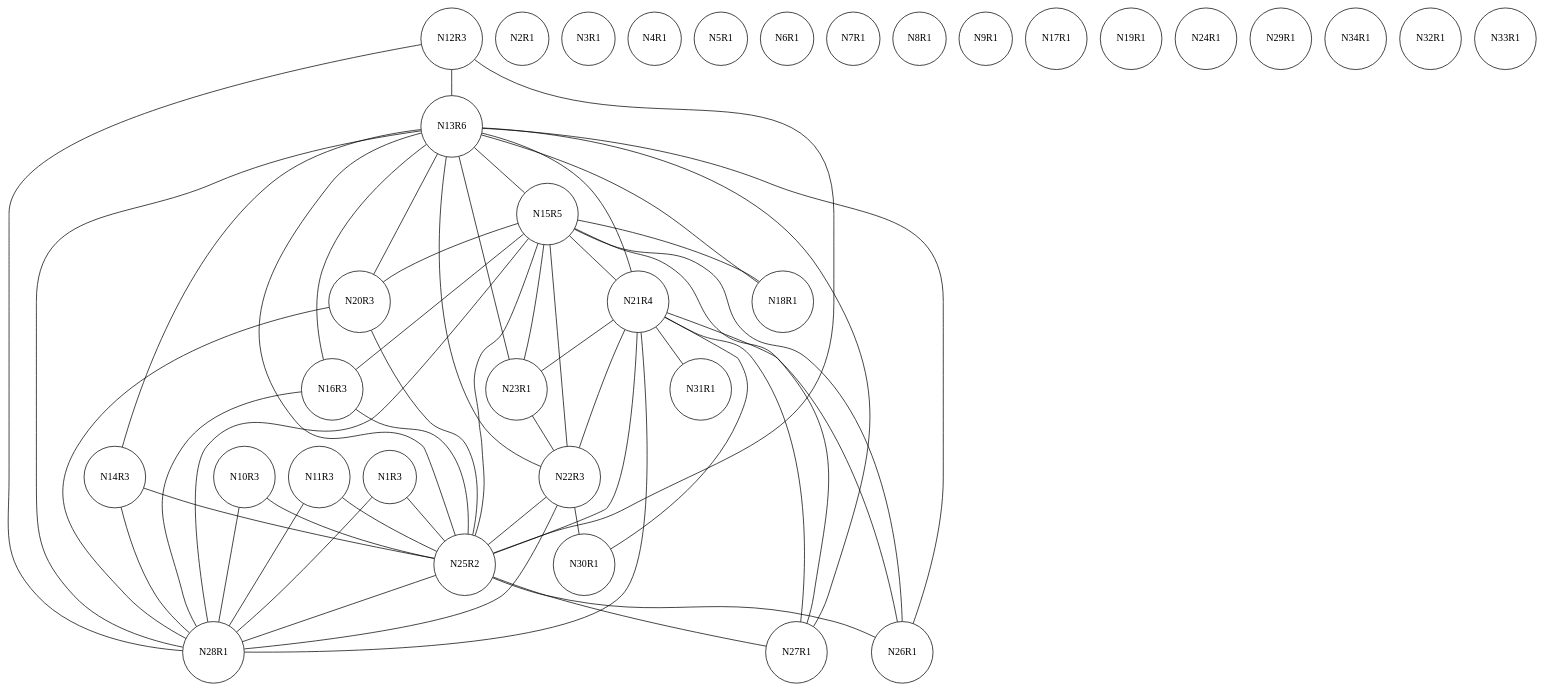
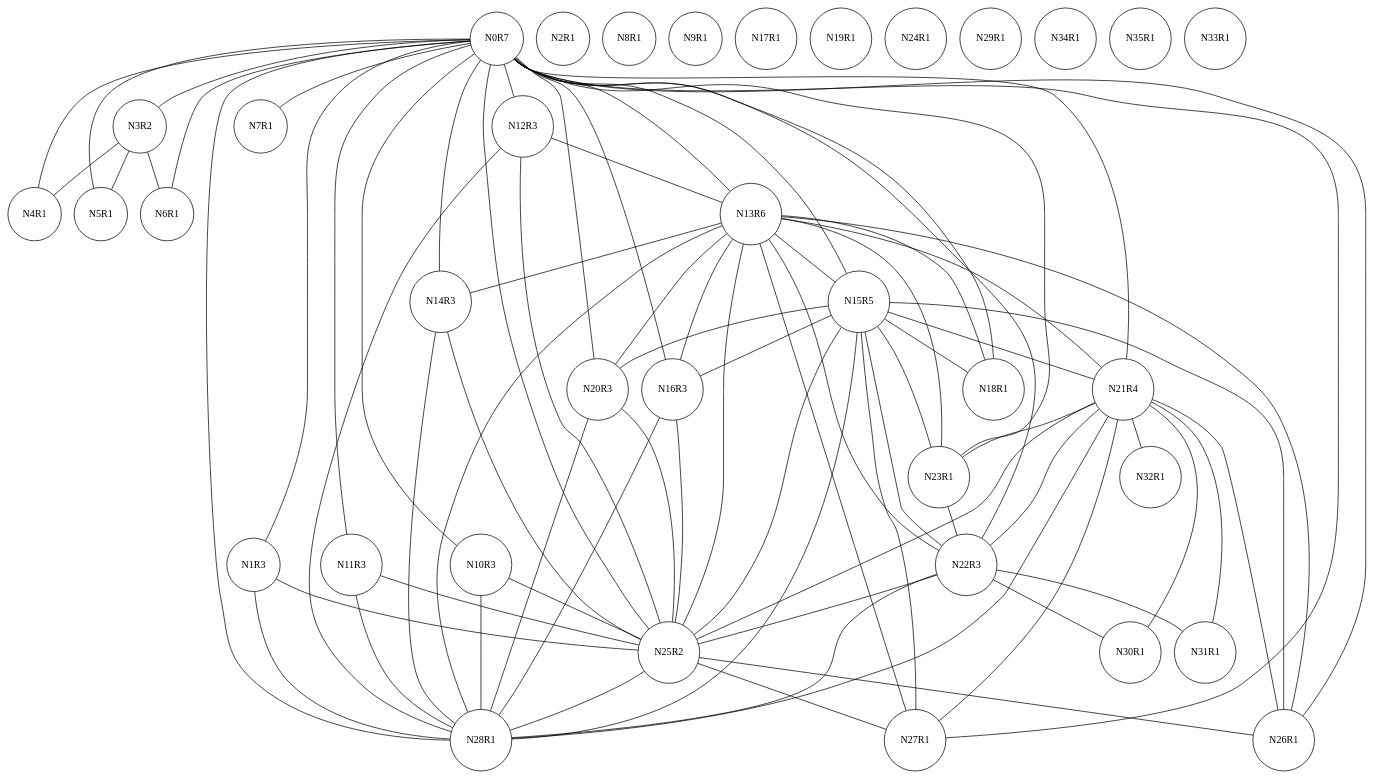
One commit to chris-wood/PL241-Compiler changed the diagram in project/caw001.txt.ig.dot. Above: the diagram before and after it, drawn with Graphviz. The commit also changed 12 other files, not shown here.

```diff
--- a/project/caw001.txt.ig.dot
+++ b/project/caw001.txt.ig.dot
@@ -1,89 +1,118 @@
 graph ig {
     node [shape = circle];
+    N0R7;
     N1R3;
     N2R1;
-    N3R1;
+    N3R2;
     N4R1;
     N5R1;
     N6R1;
     N7R1;
     N8R1;
     N9R1;
     N10R3;
     N11R3;
     N12R3;
     N13R6;
     N14R3;
     N15R5;
     N17R1;
     N16R3;
     N19R1;
     N18R1;
     N21R4;
     N20R3;
     N23R1;
     N22R3;
     N25R2;
     N24R1;
     N27R1;
     N26R1;
     N29R1;
     N28R1;
     N31R1;
     N30R1;
     N34R1;
+    N35R1;
     N32R1;
     N33R1;
+    N0R7 -- N26R1;
+    N0R7 -- N25R2;
+    N0R7 -- N22R3;
+    N0R7 -- N21R4;
+    N0R7 -- N15R5;
+    N0R7 -- N13R6;
+    N0R7 -- N28R1;
+    N0R7 -- N27R1;
+    N0R7 -- N23R1;
+    N0R7 -- N20R3;
+    N0R7 -- N18R1;
+    N0R7 -- N16R3;
+    N0R7 -- N14R3;
+    N0R7 -- N12R3;
+    N0R7 -- N11R3;
+    N0R7 -- N10R3;
+    N0R7 -- N7R1;
+    N0R7 -- N6R1;
+    N0R7 -- N5R1;
+    N0R7 -- N4R1;
+    N0R7 -- N3R2;
+    N0R7 -- N1R3;
     N1R3 -- N28R1;
     N1R3 -- N25R2;
+    N3R2 -- N6R1;
+    N3R2 -- N5R1;
+    N3R2 -- N4R1;
     N10R3 -- N28R1;
     N10R3 -- N25R2;
     N11R3 -- N28R1;
     N11R3 -- N25R2;
     N12R3 -- N13R6;
     N12R3 -- N28R1;
     N12R3 -- N25R2;
     N13R6 -- N28R1;
-    N13R6 -- N27R1;
     N13R6 -- N26R1;
     N13R6 -- N25R2;
     N13R6 -- N22R3;
     N13R6 -- N21R4;
     N13R6 -- N15R5;
+    N13R6 -- N27R1;
     N13R6 -- N23R1;
     N13R6 -- N20R3;
     N13R6 -- N18R1;
     N13R6 -- N16R3;
     N13R6 -- N14R3;
     N14R3 -- N28R1;
     N14R3 -- N25R2;
     N15R5 -- N21R4;
     N15R5 -- N28R1;
-    N15R5 -- N27R1;
     N15R5 -- N26R1;
     N15R5 -- N25R2;
     N15R5 -- N22R3;
+    N15R5 -- N27R1;
     N15R5 -- N23R1;
     N15R5 -- N20R3;
     N15R5 -- N18R1;
     N15R5 -- N16R3;
     N16R3 -- N28R1;
     N16R3 -- N25R2;
-    N21R4 -- N27R1;
     N21R4 -- N26R1;
     N21R4 -- N25R2;
+    N21R4 -- N32R1;
     N21R4 -- N31R1;
     N21R4 -- N30R1;
     N21R4 -- N22R3;
     N21R4 -- N28R1;
+    N21R4 -- N27R1;
     N21R4 -- N23R1;
     N20R3 -- N28R1;
     N20R3 -- N25R2;
     N23R1 -- N22R3;
+    N22R3 -- N31R1;
     N22R3 -- N30R1;
     N22R3 -- N28R1;
     N22R3 -- N25R2;
     N25R2 -- N28R1;
+    N25R2 -- N26R1;
     N25R2 -- N27R1;
-    N25R2 -- N26R1;
 }
```
